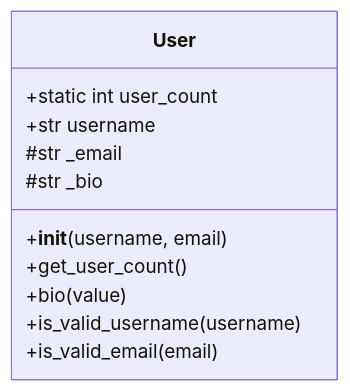
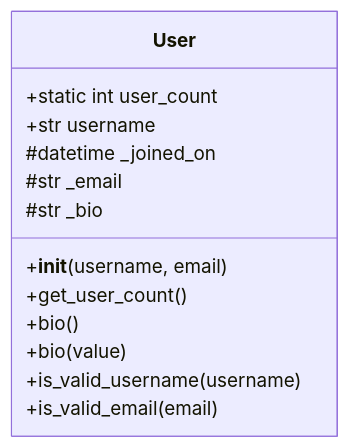
One commit to loudinb/20CS2023 changed the diagram in docs/programming-assignments/pa-1/step-1/user-class.md. Above: the diagram before and after it, drawn with Mermaid. The commit also changed other lines of this file and 26 other files, not shown here.

````diff
--- a/docs/programming-assignments/pa-1/step-1/user-class.md
+++ b/docs/programming-assignments/pa-1/step-1/user-class.md
@@ -18,15 +17,16 @@
 ```{mermaid}
 classDiagram
     class User {
         +static int user_count
         +str username
+        #datetime _joined_on
         #str _email
         #str _bio
         +__init__(username, email)
         +get_user_count()
+        +bio()
         +bio(value)
         +is_valid_username(username)
         +is_valid_email(email)
-        
     }
 ```
````
